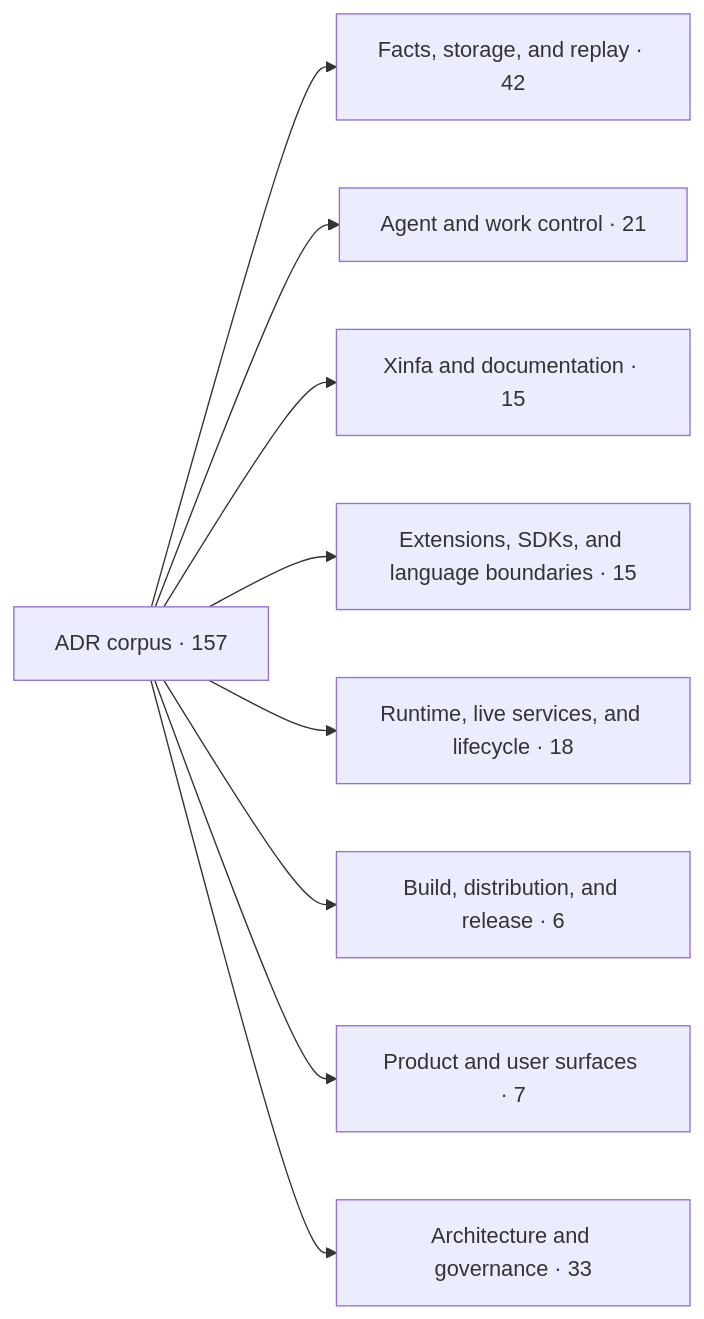
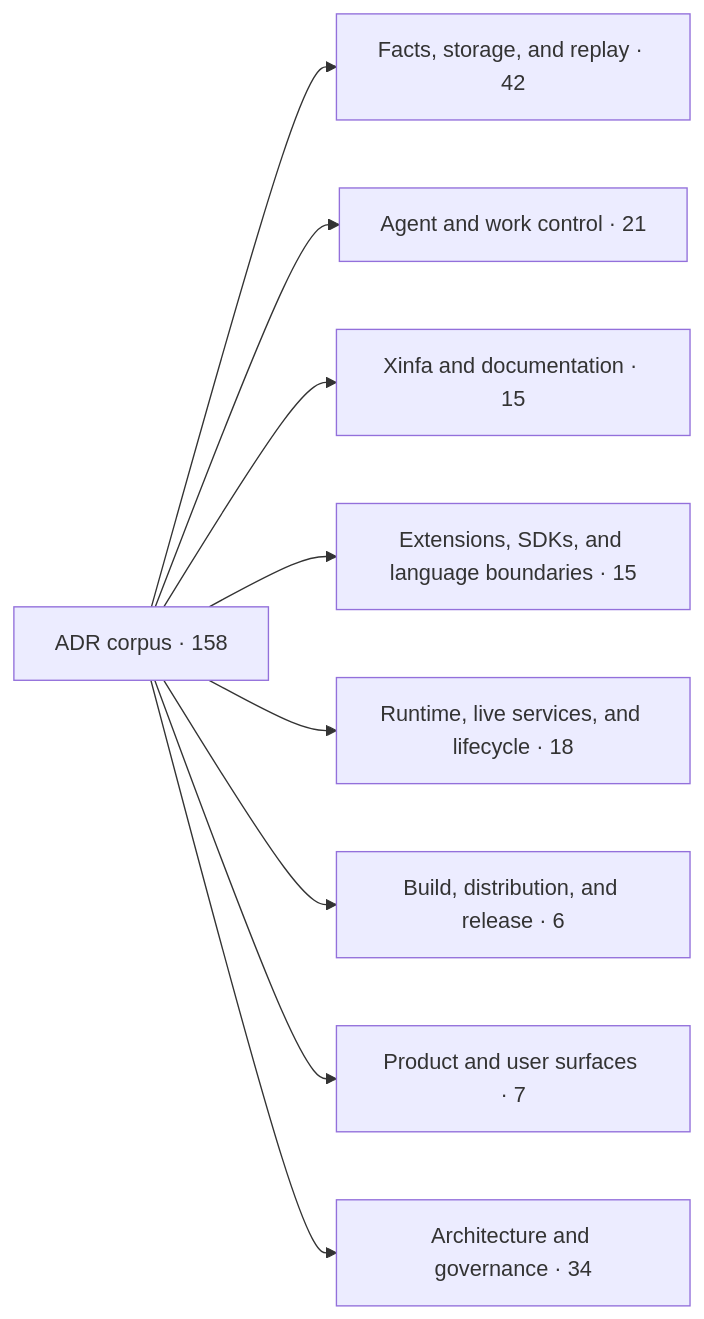
Before and after one commit to PterX/kungfu: the first of 2 diagrams in docs/architecture/adr-map.md, drawn with Mermaid. The commit also changed other lines of this file and 13 other files, not shown here.

````diff
--- a/docs/architecture/adr-map.md
+++ b/docs/architecture/adr-map.md
@@ -20,12 +20,12 @@
 ```mermaid
 flowchart LR
-  root["ADR corpus · 157"]
+  root["ADR corpus · 158"]
   root --> d0["Facts, storage, and replay · 42"]
   root --> d1["Agent and work control · 21"]
   root --> d2["Xinfa and documentation · 15"]
   root --> d3["Extensions, SDKs, and language boundaries · 15"]
   root --> d4["Runtime, live services, and lifecycle · 18"]
   root --> d5["Build, distribution, and release · 6"]
   root --> d6["Product and user surfaces · 7"]
-  root --> d7["Architecture and governance · 33"]
+  root --> d7["Architecture and governance · 34"]
 ```
````
